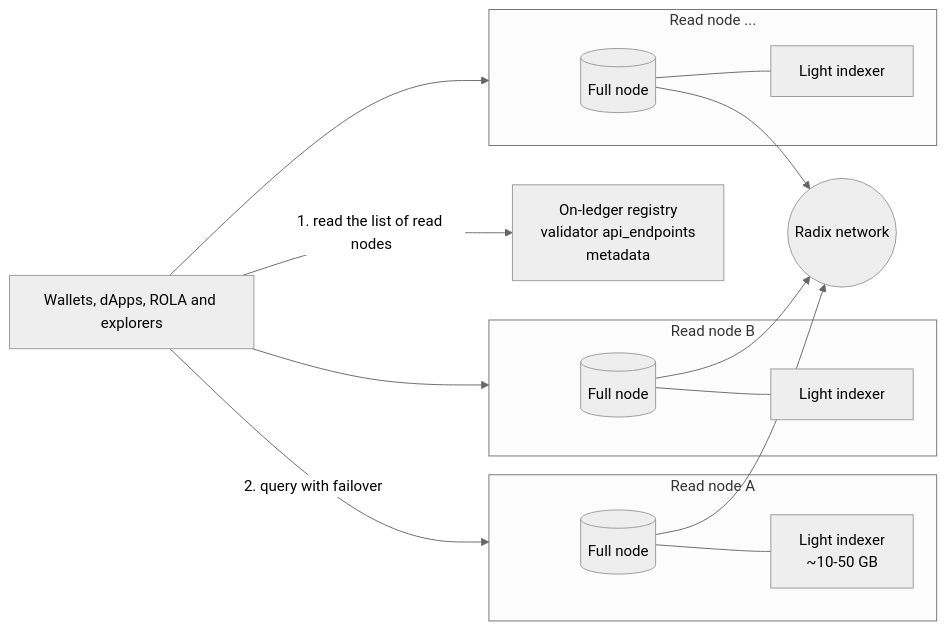
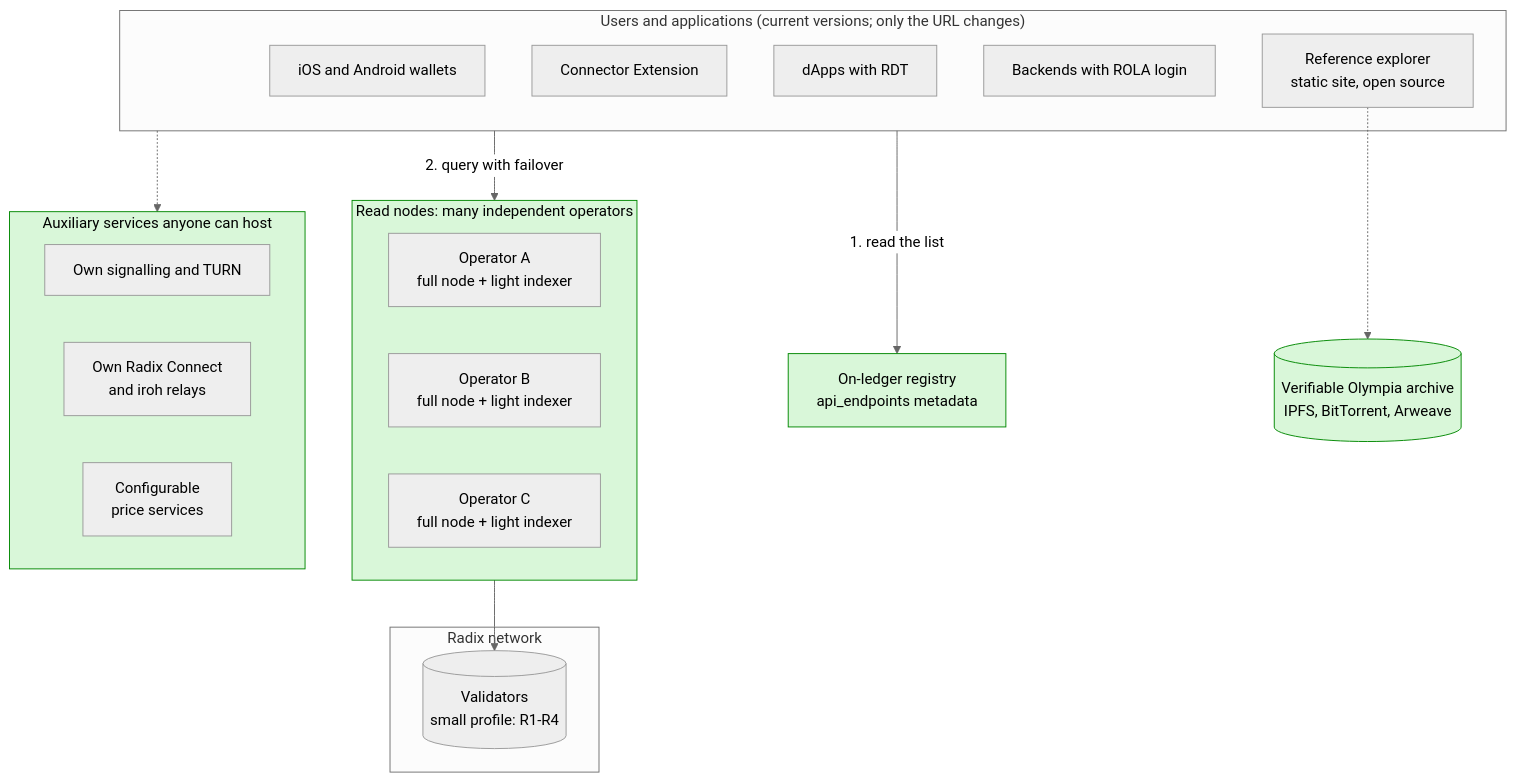
The second of 4 diagrams in README.md (dazligth/radix-decentralization-roadmap), drawn with Mermaid (neutral theme) before and after one commit. The commit also changed other lines of this file and 17 other files, not shown here.

First line of the commit message:
Add lighter nodes (4 GB RAM / 500 GB), implementation guide and infrastructure diagrams

````diff
--- a/README.md
+++ b/README.md
@@ -24,21 +65,32 @@
 ```mermaid
-flowchart LR
-    C["Wallets, dApps, ROLA and explorers"]
-    REG["On-ledger registry<br/>validator api_endpoints<br/>metadata"]
-    C -- "1. read the list of read nodes" --> REG
-    C -- "2. query with failover" --> A
-    C --> B
-    C --> Z
-    subgraph A["Read node A"]
-        A1[("Full node")] --- A2["Light indexer<br/>~10-50 GB"]
+flowchart TB
+    subgraph APPS["Users and applications (current versions; only the URL changes)"]
+        W["iOS and Android wallets"]
+        EXT["Connector Extension"]
+        DAPP["dApps with RDT"]
+        ROLA["Backends with ROLA login"]
+        EXP["Reference explorer<br/>static site, open source"]
     end
-    subgraph B["Read node B"]
-        B1[("Full node")] --- B2["Light indexer"]
+    REG["On-ledger registry<br/>api_endpoints metadata"]
+    subgraph READ["Read nodes: many independent operators"]
+        R1["Operator A<br/>full node + light indexer"]
+        R2["Operator B<br/>full node + light indexer"]
+        R3["Operator C<br/>full node + light indexer"]
     end
-    subgraph Z["Read node ..."]
-        Z1[("Full node")] --- Z2["Light indexer"]
+    subgraph NET["Radix network"]
+        VAL[("Validators<br/>small profile: R1-R4")]
     end
-    A1 --> R(("Radix network"))
-    B1 --> R
-    Z1 --> R
+    subgraph SELF["Auxiliary services anyone can host"]
+        SIG["Own signalling and TURN"]
+        RELAY["Own Radix Connect<br/>and iroh relays"]
+        PRICE["Configurable<br/>price services"]
+    end
+    ARCH[("Verifiable Olympia archive<br/>IPFS, BitTorrent, Arweave")]
+    APPS -- "1. read the list" --> REG
+    APPS -- "2. query with failover" --> READ
+    READ --> VAL
+    APPS -.-> SELF
+    EXP -.-> ARCH
+    classDef good fill:#d9f7d9,stroke:#080,color:#000
+    class READ,REG,ARCH,SELF good
 ```
````
